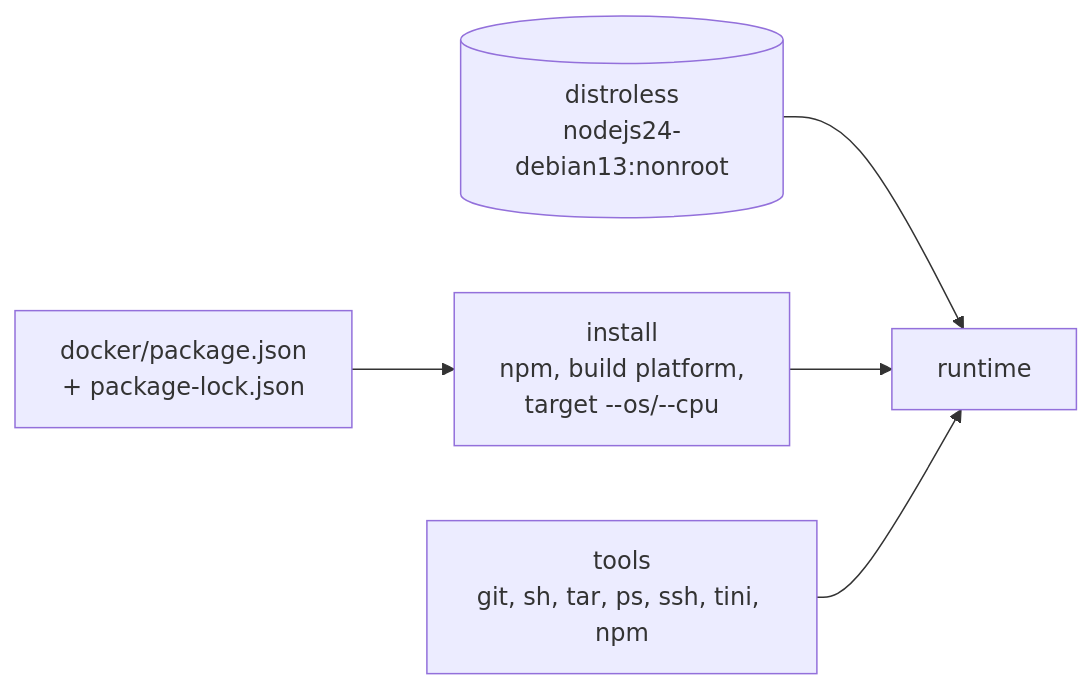
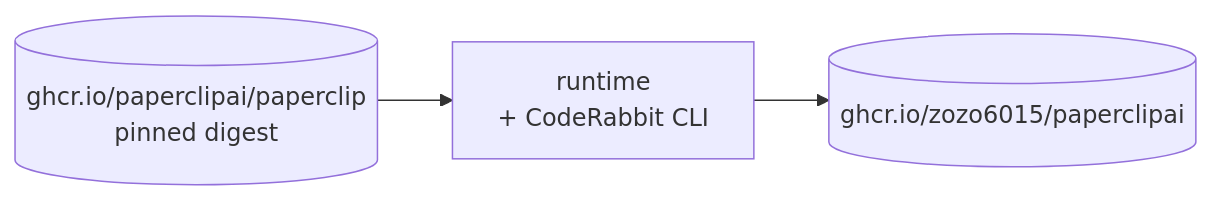
One commit to zozo6015/paperclipai changed the third of 3 diagrams in README.md. Above: the diagram before and after it, drawn with Mermaid. The commit also changed other lines of this file and 8 other files, not shown here.

First line of the commit message:
Image: build on the official Paperclip image and add CodeRabbit

````diff
--- a/README.md
+++ b/README.md
@@ -90,8 +91,5 @@
 ```mermaid
 flowchart LR
-    lock["docker/package.json<br/>+ package-lock.json"] --> install["install<br/>npm, build platform,<br/>target --os/--cpu"]
-    tools["tools<br/>git, sh, tar, ps, ssh, tini, npm"]
-    base[("distroless<br/>nodejs24-debian13:nonroot")] --> runtime
-    install --> runtime["runtime"]
-    tools --> runtime
+    up[("ghcr.io/paperclipai/paperclip<br/>pinned digest")] --> runtime["runtime<br/>+ CodeRabbit CLI"]
+    runtime --> ghcr[("ghcr.io/zozo6015/paperclipai")]
 ```
````
